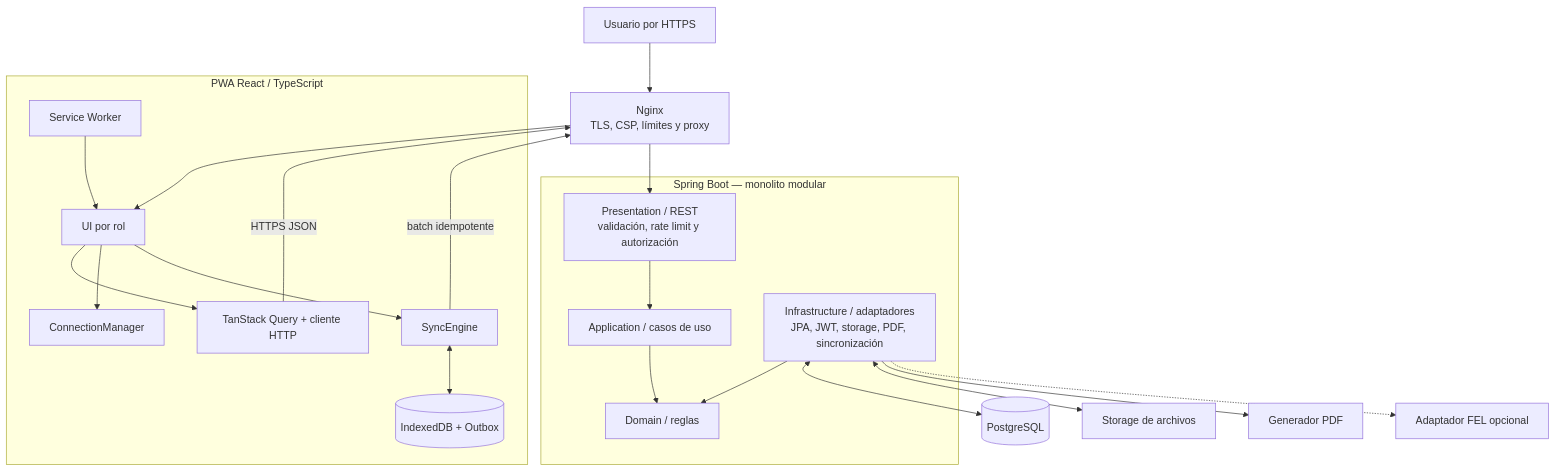
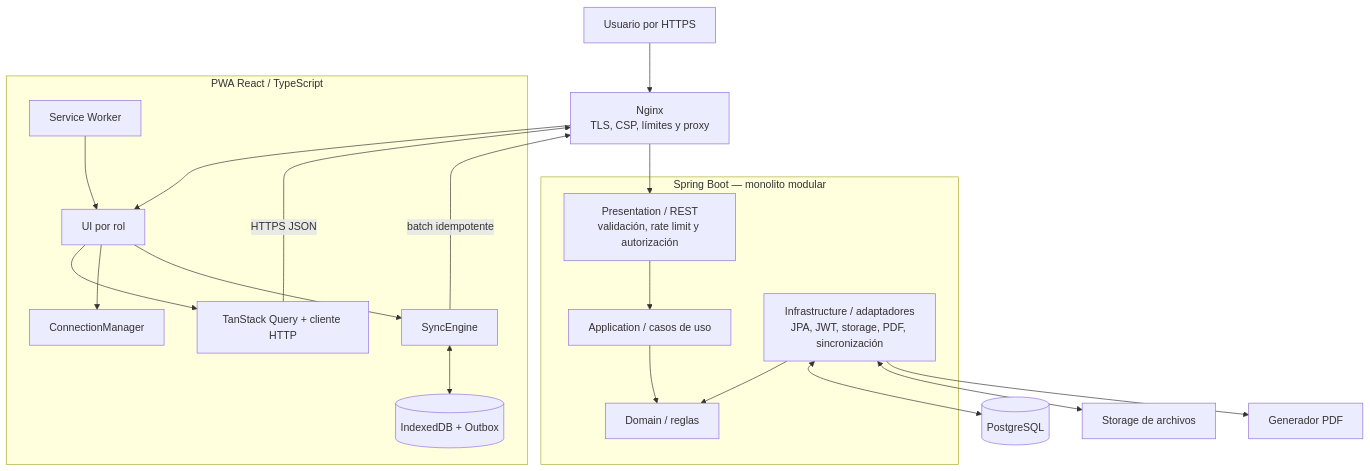
The diagram in diagrams/architecture/system-architecture.mmd (mchiroyl/purified-water-management), drawn with Mermaid before and after one commit. The commit also changed 73 other files, not shown here.

```diff
--- a/diagrams/architecture/system-architecture.mmd
+++ b/diagrams/architecture/system-architecture.mmd
@@ -1,39 +1,37 @@
 flowchart TB
     Internet["Usuario por HTTPS"]
     Nginx["Nginx\nTLS, CSP, límites y proxy"]
     subgraph Client["PWA React / TypeScript"]
         UI["UI por rol"]
         Query["TanStack Query + cliente HTTP"]
         Connection["ConnectionManager"]
         Sync["SyncEngine"]
         SW["Service Worker"]
         IDB[("IndexedDB + Outbox")]
         UI --> Query
         UI --> Connection
         UI --> Sync
         Sync <--> IDB
         SW --> UI
     end
 
     subgraph Backend["Spring Boot — monolito modular"]
         REST["Presentation / REST\nvalidación, rate limit y autorización"]
         APP["Application / casos de uso"]
         DOMAIN["Domain / reglas"]
         INFRA["Infrastructure / adaptadores\nJPA, JWT, storage, PDF, sincronización"]
         REST --> APP --> DOMAIN
         INFRA --> DOMAIN
     end
 
     PG[("PostgreSQL")]
     Files["Storage de archivos"]
     PDF["Generador PDF"]
-    FEL["Adaptador FEL opcional"]
 
     Internet --> Nginx --> UI
     Query -->|HTTPS JSON| Nginx
     Sync -->|batch idempotente| Nginx
     Nginx --> REST
     INFRA <--> PG
     INFRA <--> Files
     INFRA --> PDF
-    INFRA -.-> FEL
```
